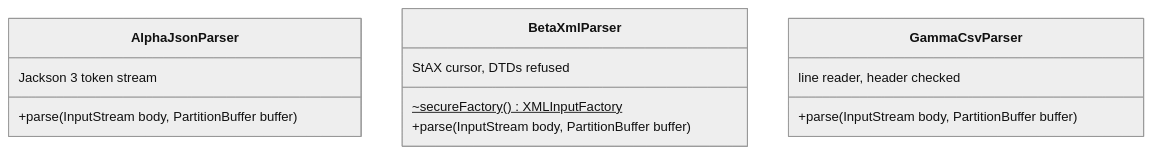
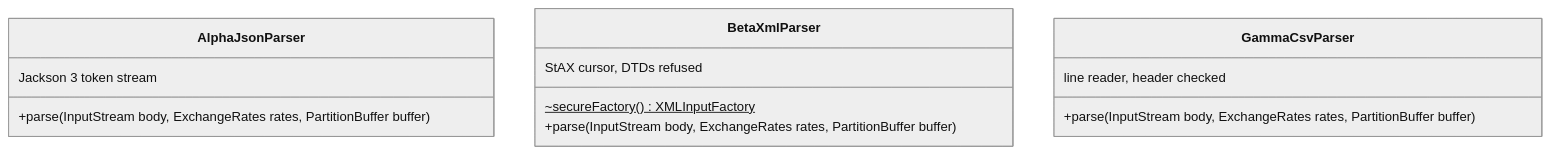
The second of 3 diagrams in docs/architecture/packages/flight-aggregator/ingestion-infrastructure-out-provider.md (andresps980/flight-aggregator), drawn with Mermaid (neutral theme) before and after one commit. The commit also changed other lines of this file and 14 other files, not shown here.

Commit message:
docs: spec 008 in usage, providers, architecture, SOLUTION.md and README; compose mixes currencies, CI uses the FX double

````diff
--- a/docs/architecture/packages/flight-aggregator/ingestion-infrastructure-out-provider.md
+++ b/docs/architecture/packages/flight-aggregator/ingestion-infrastructure-out-provider.md
@@ -93,19 +97,19 @@
 ```mermaid
 classDiagram
     %% package: com.andresps.flights.ingestion.infrastructure.adapter.out.provider.alpha
     %% package: com.andresps.flights.ingestion.infrastructure.adapter.out.provider.beta
     %% package: com.andresps.flights.ingestion.infrastructure.adapter.out.provider.gamma
     class AlphaJsonParser {
         Jackson 3 token stream
-        +parse(InputStream body, PartitionBuffer buffer)
+        +parse(InputStream body, ExchangeRates rates, PartitionBuffer buffer)
     }
     class BetaXmlParser {
         StAX cursor, DTDs refused
         ~secureFactory()$ XMLInputFactory
-        +parse(InputStream body, PartitionBuffer buffer)
+        +parse(InputStream body, ExchangeRates rates, PartitionBuffer buffer)
     }
     class GammaCsvParser {
         line reader, header checked
-        +parse(InputStream body, PartitionBuffer buffer)
+        +parse(InputStream body, ExchangeRates rates, PartitionBuffer buffer)
     }
 ```
````
